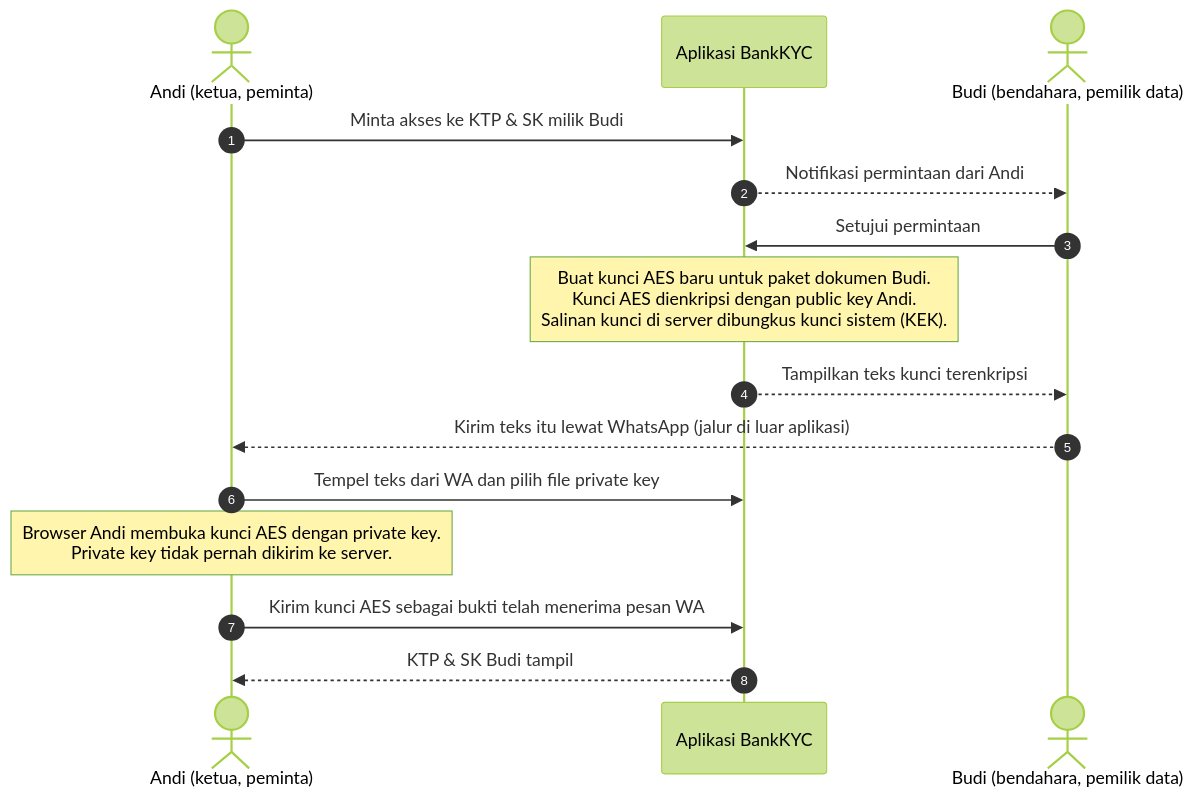
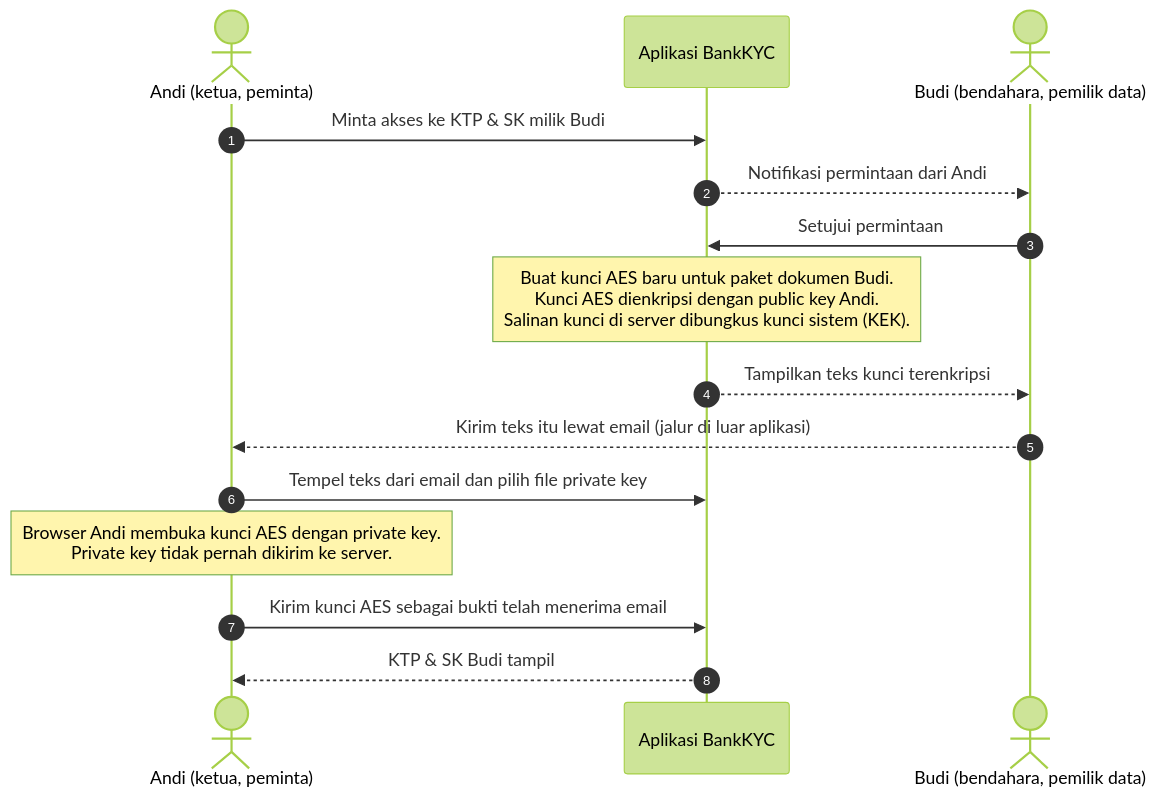
The diagram in docs/assignment-2/ASSIGNMENT_2_SCENARIO_OPTIONS.md (shzirley/information-security-assignment1), drawn with Mermaid (forest theme) before and after one commit. The commit also changed other lines of this file and 1 other file, not shown here.

Commit message:
docs(assignment-2): use email as the out-of-band channel for the key package

````diff
--- a/docs/assignment-2/ASSIGNMENT_2_SCENARIO_OPTIONS.md
+++ b/docs/assignment-2/ASSIGNMENT_2_SCENARIO_OPTIONS.md
@@ -47,18 +47,18 @@
 ```mermaid
 sequenceDiagram
     autonumber
     actor Andi as Andi (ketua, peminta)
     participant App as Aplikasi BankKYC
     actor Budi as Budi (bendahara, pemilik data)
 
     Andi->>App: Minta akses ke KTP & SK milik Budi
     App-->>Budi: Notifikasi permintaan dari Andi
     Budi->>App: Setujui permintaan
     Note over App: Buat kunci AES baru untuk paket dokumen Budi.<br/>Kunci AES dienkripsi dengan public key Andi.<br/>Salinan kunci di server dibungkus kunci sistem (KEK).
     App-->>Budi: Tampilkan teks kunci terenkripsi
-    Budi-->>Andi: Kirim teks itu lewat WhatsApp (jalur di luar aplikasi)
-    Andi->>App: Tempel teks dari WA dan pilih file private key
+    Budi-->>Andi: Kirim teks itu lewat email (jalur di luar aplikasi)
+    Andi->>App: Tempel teks dari email dan pilih file private key
     Note over Andi: Browser Andi membuka kunci AES dengan private key.<br/>Private key tidak pernah dikirim ke server.
-    Andi->>App: Kirim kunci AES sebagai bukti telah menerima pesan WA
+    Andi->>App: Kirim kunci AES sebagai bukti telah menerima email
     App-->>Andi: KTP & SK Budi tampil
 ```
````
